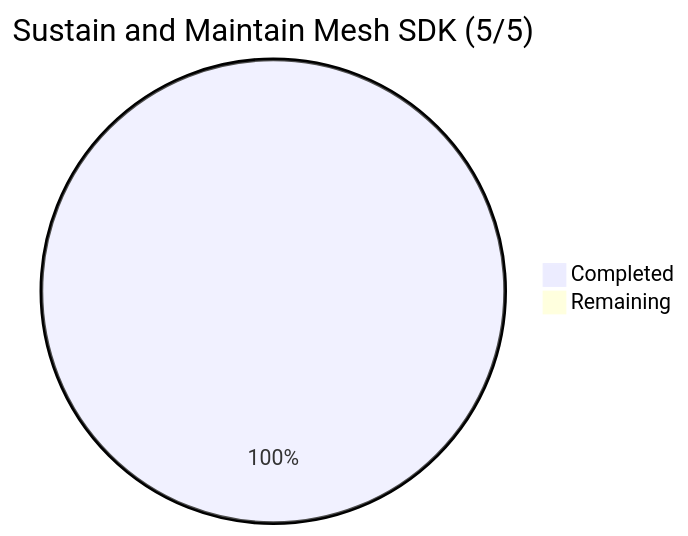
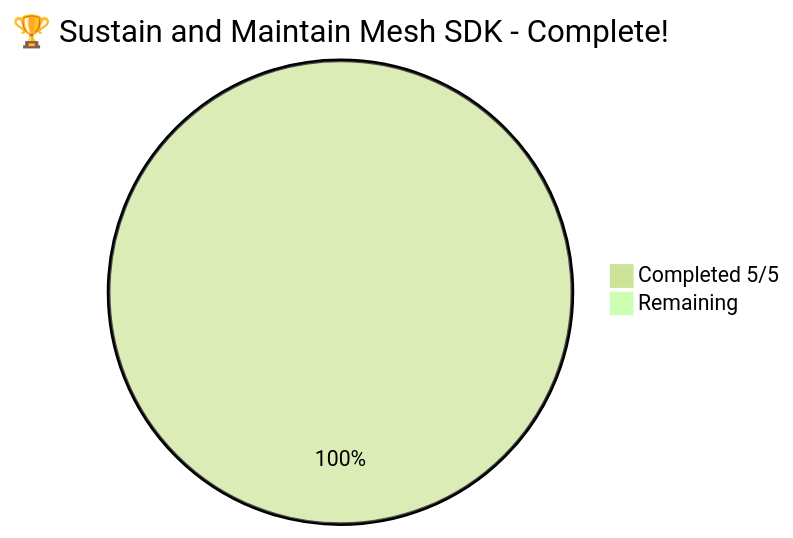
One commit to Andre-Diamond/test changed the fourth of 10 diagrams in README.md. Above: the diagram before and after it, drawn with Mermaid. The commit also changed other lines of this file, not shown here.

Commit message:
Update MeshJS Catalyst Projects README

````diff
--- a/README.md
+++ b/README.md
@@ -141,5 +167,7 @@
 ```mermaid
-pie title Sustain and Maintain Mesh SDK (5/5)
-    "Completed" : 5
+%%{init: {'theme':'forest'}}%%
+pie
+    title 🏆 Sustain and Maintain Mesh SDK - Complete!
+    "Completed 5/5" : 5
     "Remaining" : 0
 ```
````
